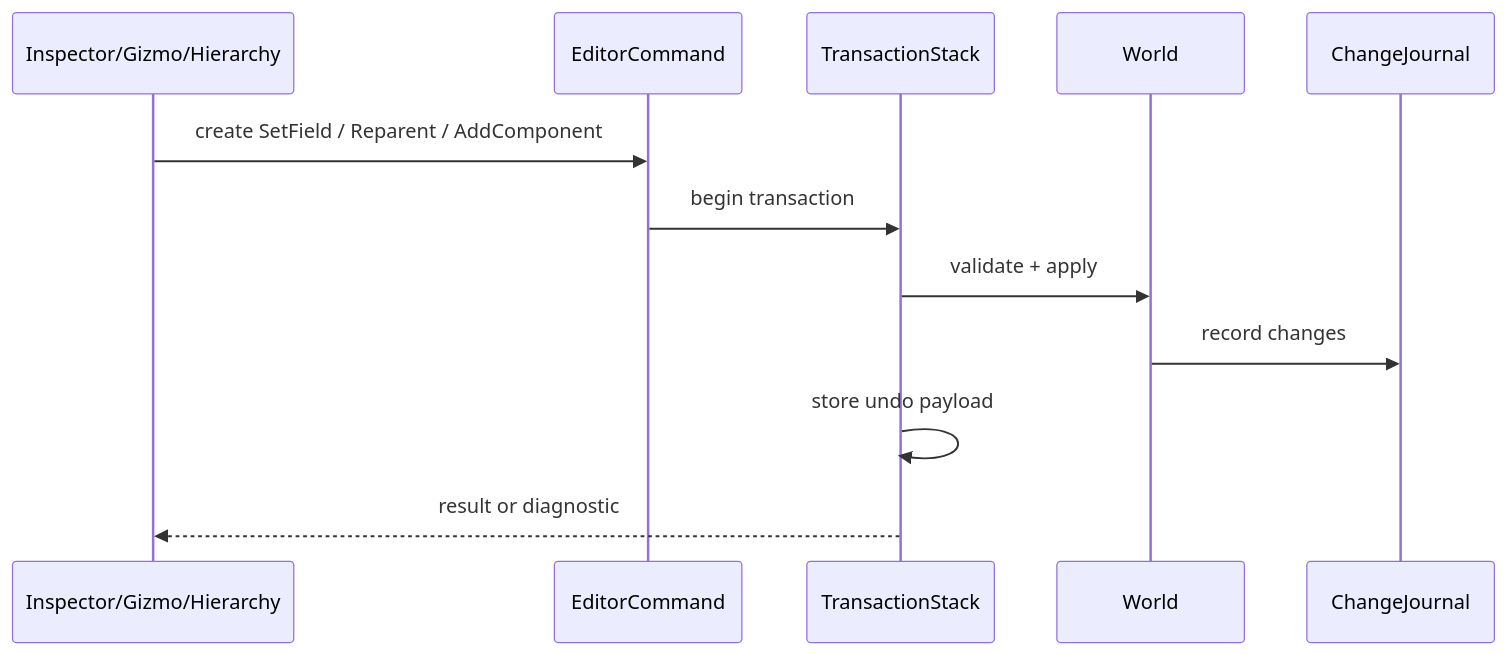
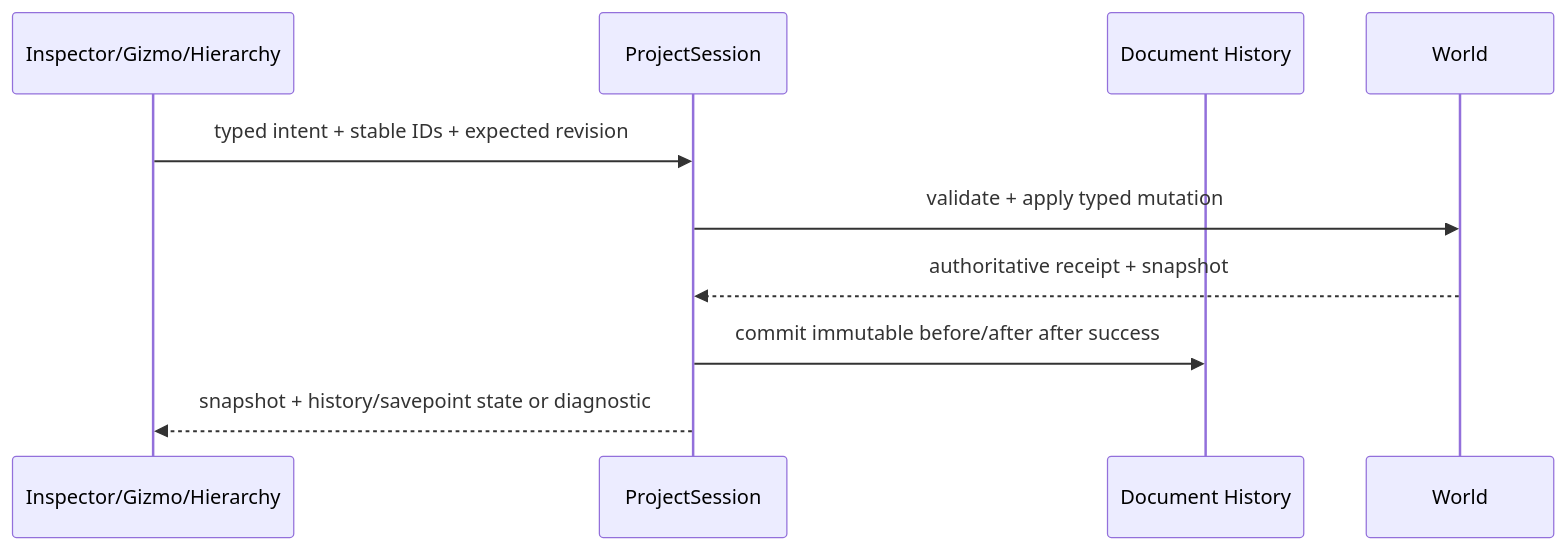
The fourth of 9 diagrams in docs/systems/scene-world.md (66six11/Engine), drawn with Mermaid before and after one commit. The commit also changed other lines of this file and 44 other files, not shown here.

Commit message:
feat: add authoritative transform undo redo

````diff
--- a/docs/systems/scene-world.md
+++ b/docs/systems/scene-world.md
@@ -414,15 +418,13 @@
 ```mermaid
 sequenceDiagram
     participant UI as Inspector/Gizmo/Hierarchy
-    participant Cmd as EditorCommand
-    participant Tx as TransactionStack
+    participant Session as ProjectSession
+    participant History as Document History
     participant World as World
-    participant Journal as ChangeJournal
 
-    UI->>Cmd: create SetField / Reparent / AddComponent
-    Cmd->>Tx: begin transaction
-    Tx->>World: validate + apply
-    World->>Journal: record changes
-    Tx->>Tx: store undo payload
-    Tx-->>UI: result or diagnostic
+    UI->>Session: typed intent + stable IDs + expected revision
+    Session->>World: validate + apply typed mutation
+    World-->>Session: authoritative receipt + snapshot
+    Session->>History: commit immutable before/after after success
+    Session-->>UI: snapshot + history/savepoint state or diagnostic
 ```
````
